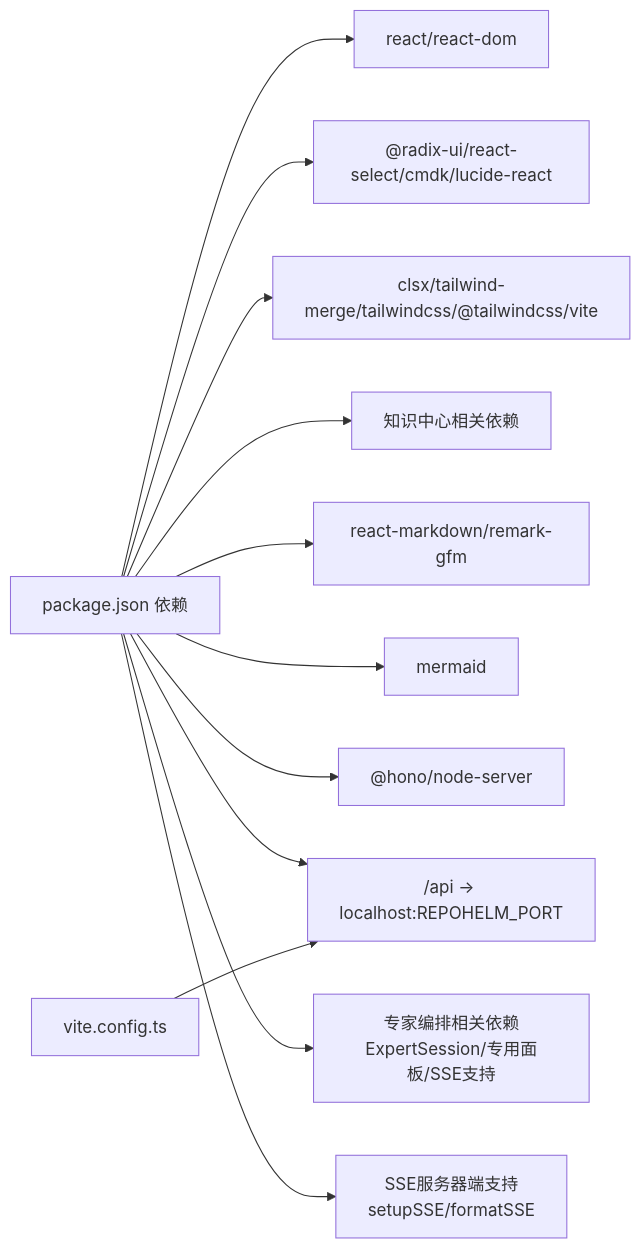
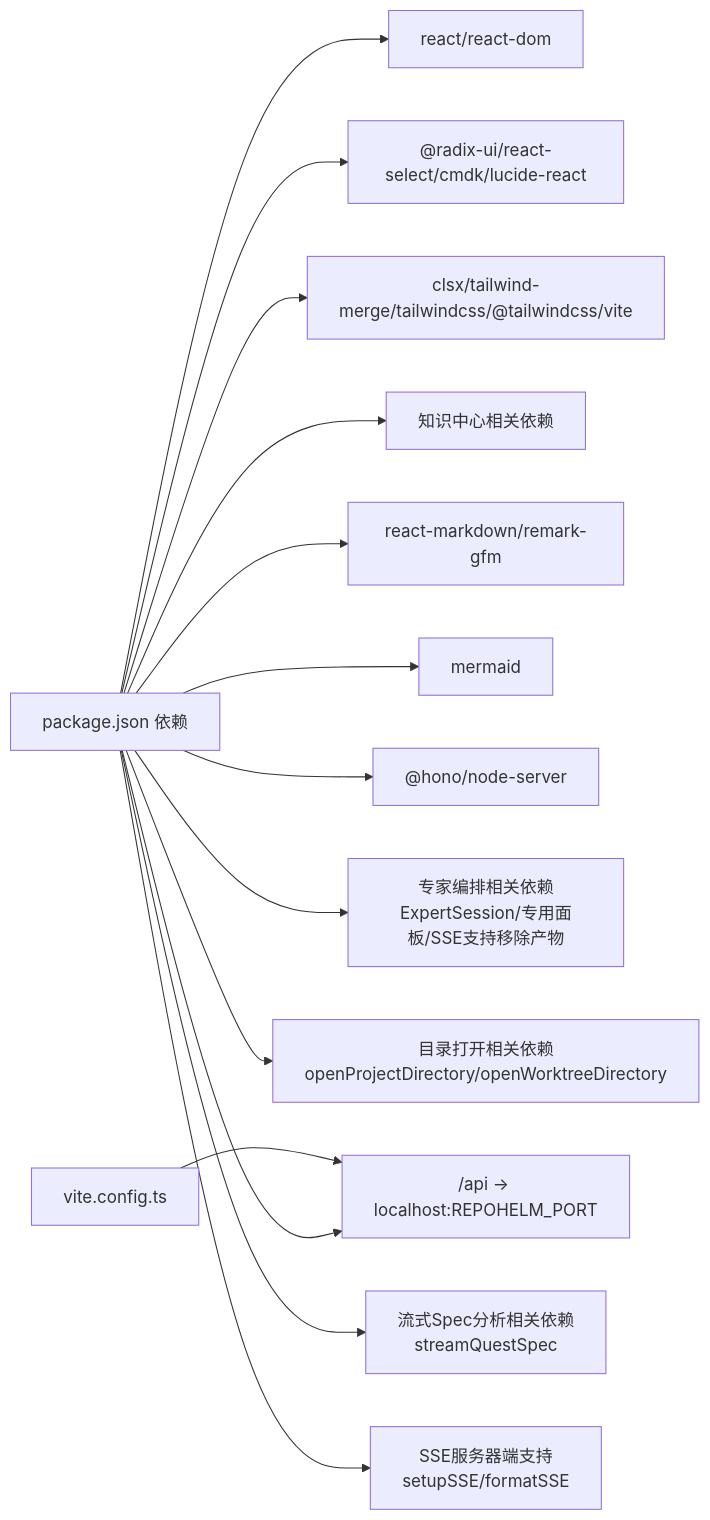
Before and after one commit to coconilu/RepoHelm: diagram 23 of 23 in .qoder/repowiki/zh/content/Web 前端应用/Web 前端应用.md, drawn with Mermaid. The commit also changed other lines of this file and 7 other files, not shown here.

````diff
--- a/.qoder/repowiki/zh/content/Web 前端应用/Web 前端应用.md
+++ b/.qoder/repowiki/zh/content/Web 前端应用/Web 前端应用.md
@@ -1470,14 +1515,16 @@
 ```mermaid
 graph LR
 PKG["package.json 依赖"] --> REACT["react/react-dom"]
 PKG --> UI["@radix-ui/react-select/cmdk/lucide-react"]
 PKG --> STYLE["clsx/tailwind-merge/tailwindcss/@tailwindcss/vite"]
 PKG --> KNOWLEDGE["知识中心相关依赖"]
 PKG --> MARKDOWN["react-markdown/remark-gfm"]
 PKG --> MERMAID["mermaid"]
 PKG --> GIT["@hono/node-server"]
 PKG --> PROXY["代理设置相关依赖"]
-PKG --> ORCHESTRATION["专家编排相关依赖<br/>ExpertSession/专用面板/SSE支持"]
+PKG --> ORCHESTRATION["专家编排相关依赖<br/>ExpertSession/专用面板/SSE支持移除产物"]
+PKG --> DIRECTORY["目录打开相关依赖<br/>openProjectDirectory/openWorktreeDirectory"]
+PKG --> STREAM["流式Spec分析相关依赖<br/>streamQuestSpec"]
 PKG --> SSE["SSE服务器端支持<br/>setupSSE/formatSSE"]
 VITE["vite.config.ts"] --> PROXY["/api -> localhost:REPOHELM_PORT"]
 ```
````
